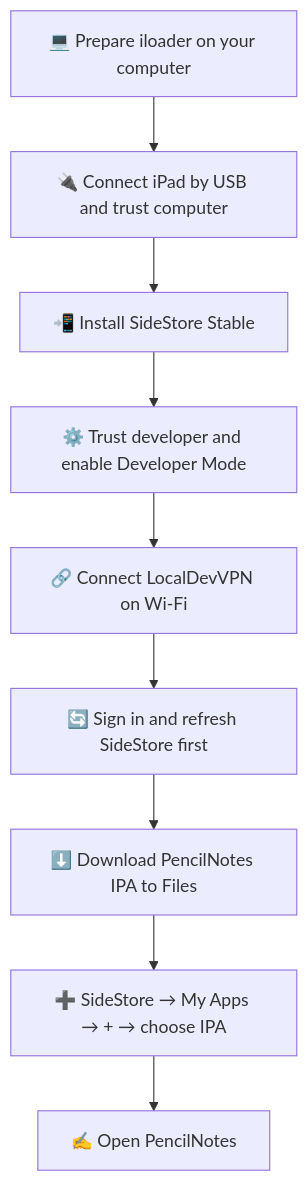
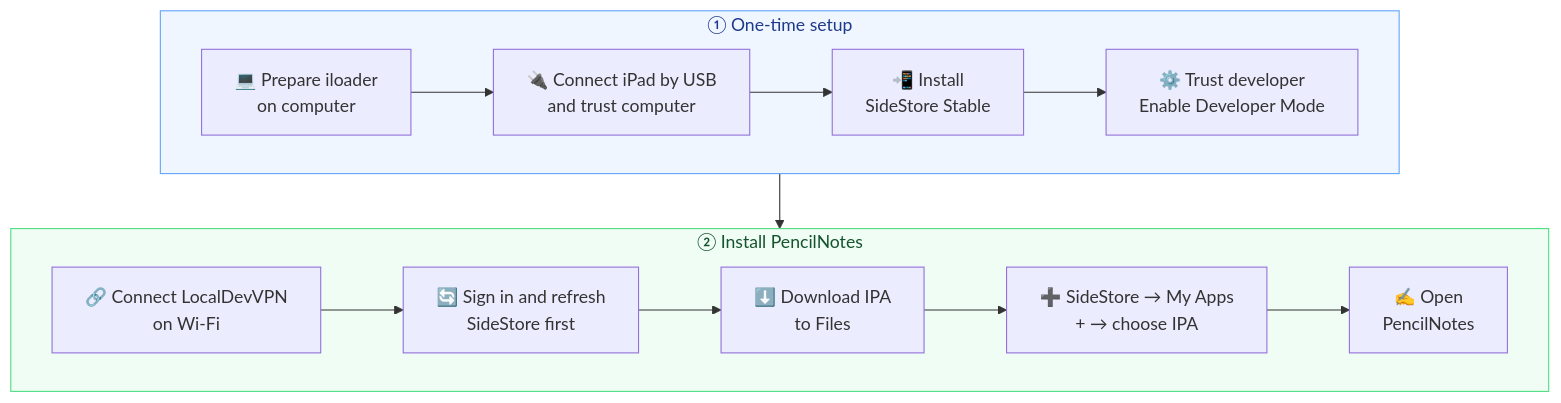
One commit to rabbiii/Handwrite-for-Notion changed the second of 3 diagrams in README.md. Above: the diagram before and after it, drawn with Mermaid.

Commit message:
Arrange SideStore installation flowchart in two horizontal rows

````diff
--- a/README.md
+++ b/README.md
@@ -41,11 +41,19 @@
 ```mermaid
-flowchart TD
-    A[💻 Prepare iloader on your computer] --> B[🔌 Connect iPad by USB and trust computer]
-    B --> C[📲 Install SideStore Stable]
-    C --> D[⚙️ Trust developer and enable Developer Mode]
-    D --> E[🔗 Connect LocalDevVPN on Wi-Fi]
-    E --> F[🔄 Sign in and refresh SideStore first]
-    F --> G[⬇️ Download PencilNotes IPA to Files]
-    G --> H[➕ SideStore → My Apps → + → choose IPA]
-    H --> I[✍️ Open PencilNotes]
+flowchart TB
+    subgraph SETUP["① One-time setup"]
+        direction LR
+        A[💻 Prepare iloader<br/>on computer] --> B[🔌 Connect iPad by USB<br/>and trust computer]
+        B --> C[📲 Install<br/>SideStore Stable]
+        C --> D[⚙️ Trust developer<br/>Enable Developer Mode]
+    end
+    subgraph INSTALL["② Install PencilNotes"]
+        direction LR
+        E[🔗 Connect LocalDevVPN<br/>on Wi-Fi] --> F[🔄 Sign in and refresh<br/>SideStore first]
+        F --> G[⬇️ Download IPA<br/>to Files]
+        G --> H[➕ SideStore → My Apps<br/>+ → choose IPA]
+        H --> I[✍️ Open<br/>PencilNotes]
+    end
+    SETUP --> INSTALL
+    style SETUP fill:#eff6ff,stroke:#60a5fa,color:#1e3a8a
+    style INSTALL fill:#f0fdf4,stroke:#4ade80,color:#14532d
 ```
````
